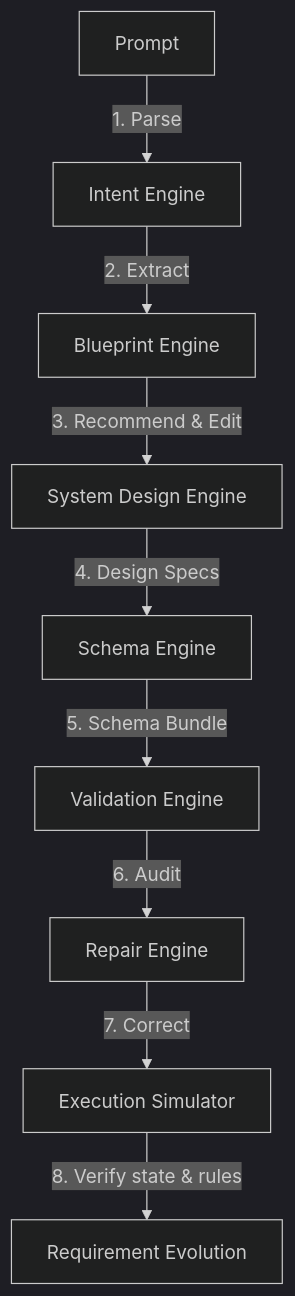
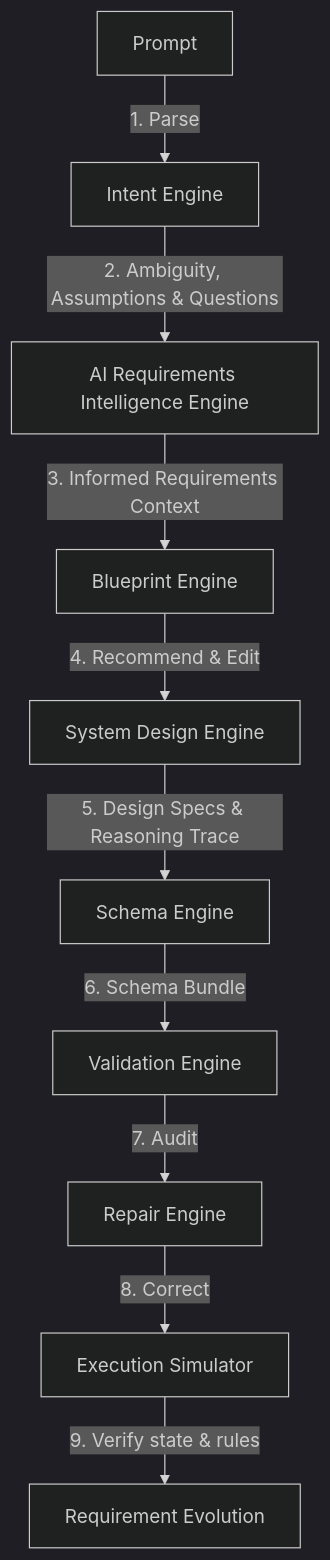
Before and after one commit to Jishnu-Thakker-27/GenesisAI: the diagram in README.md, drawn with Mermaid (dark theme). The commit also changed other lines of this file and 15 other files, not shown here.

Commit message:
Add AI Requirements Intelligence Engine and AI Architect workspace

````diff
--- a/README.md
+++ b/README.md
@@ -33,11 +33,12 @@
 ```mermaid
 graph TD
     Prompt[Prompt] -->|1. Parse| Intent[Intent Engine]
-    Intent -->|2. Extract| Blueprint[Blueprint Engine]
-    Blueprint -->|3. Recommend & Edit| Spec[System Design Engine]
-    Spec -->|4. Design Specs| Schema[Schema Engine]
-    Schema -->|5. Schema Bundle| Validation[Validation Engine]
-    Validation -->|6. Audit| Repair[Repair Engine]
-    Repair -->|7. Correct| Simulation[Execution Simulator]
-    Simulation -->|8. Verify state & rules| Evolution[Requirement Evolution]
+    Intent -->|2. Ambiguity, Assumptions & Questions| Architect[AI Requirements Intelligence Engine]
+    Architect -->|3. Informed Requirements Context| Blueprint[Blueprint Engine]
+    Blueprint -->|4. Recommend & Edit| Spec[System Design Engine]
+    Spec -->|5. Design Specs & Reasoning Trace| Schema[Schema Engine]
+    Schema -->|6. Schema Bundle| Validation[Validation Engine]
+    Validation -->|7. Audit| Repair[Repair Engine]
+    Repair -->|8. Correct| Simulation[Execution Simulator]
+    Simulation -->|9. Verify state & rules| Evolution[Requirement Evolution]
 ```
````
